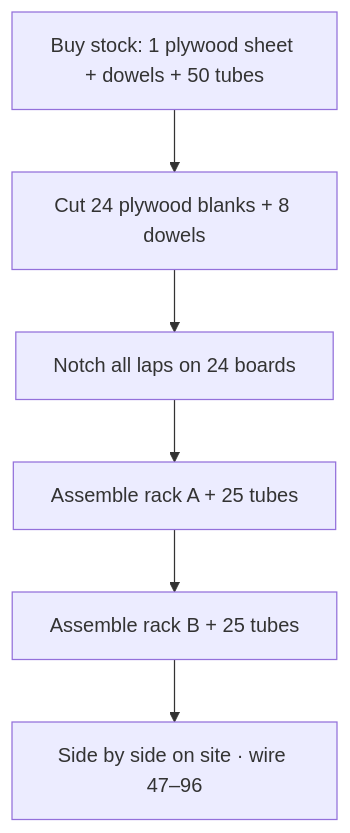
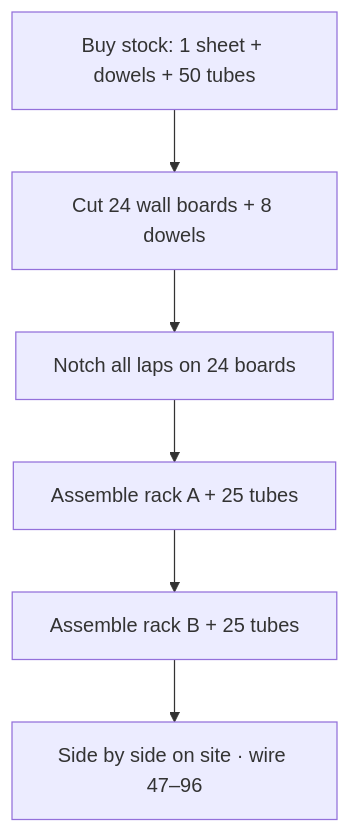
Before and after one commit to cesau78/fireworks-display-2026: the first of 2 diagrams in design/finale-mortar-rack/README.md, drawn with Mermaid. The commit also changed other lines of this file and 27 other files, not shown here.

````diff
--- a/design/finale-mortar-rack/README.md
+++ b/design/finale-mortar-rack/README.md
@@ -30,10 +30,10 @@
 ```mermaid
 flowchart TB
-  buy[Buy stock: 1 plywood sheet + dowels + 50 tubes]
-  cut[Cut 24 plywood blanks + 8 dowels]
+  buy[Buy stock: 1 sheet + dowels + 50 tubes]
+  cut[Cut 24 wall boards + 8 dowels]
   notch[Notch all laps on 24 boards]
   A[Assemble rack A + 25 tubes]
   B[Assemble rack B + 25 tubes]
   field[Side by side on site · wire 47–96]
   buy --> cut --> notch --> A --> B --> field
 ```
````
